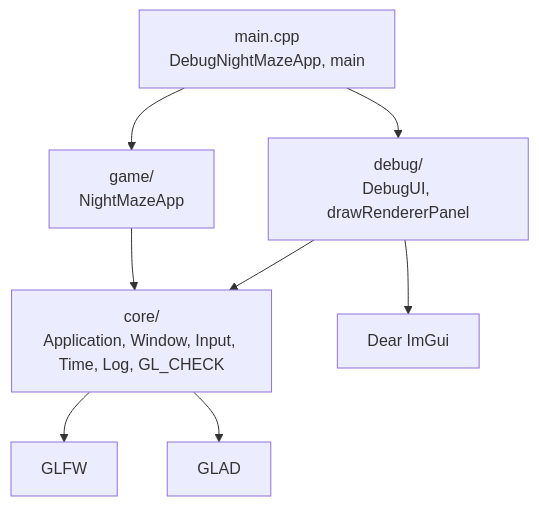
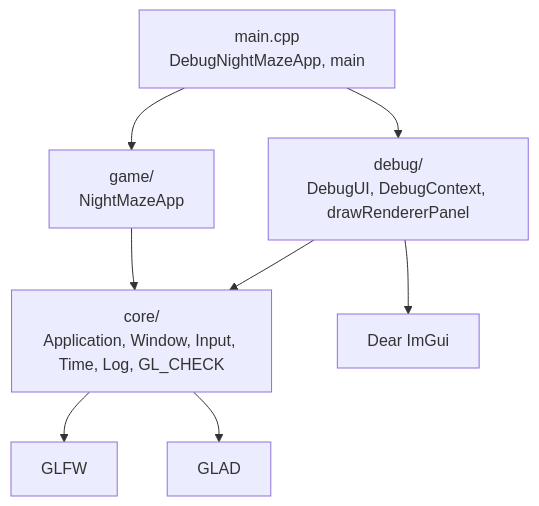
The first of 3 diagrams in docs/modules/core/README.md (Shironex/night-maze), drawn with Mermaid before and after one commit. The commit also changed other lines of this file and 10 other files, not shown here.

First line of the commit message:
refactor(debug): pass one context struct to DebugUI::draw

````diff
--- a/docs/modules/core/README.md
+++ b/docs/modules/core/README.md
@@ -44,10 +44,10 @@
 ```mermaid
 flowchart TD
-    Main["main.cpp<br/>DebugNightMazeApp, main"] --> Debug["debug/<br/>DebugUI, drawRendererPanel"]
+    Main["main.cpp<br/>DebugNightMazeApp, main"] --> Debug["debug/<br/>DebugUI, DebugContext, drawRendererPanel"]
     Main --> Game["game/<br/>NightMazeApp"]
     Debug --> Core["core/<br/>Application, Window, Input, Time, Log, GL_CHECK"]
     Game --> Core
     Debug --> ImGui["Dear ImGui"]
     Core --> Glfw["GLFW"]
     Core --> Glad["GLAD"]
 ```
````
